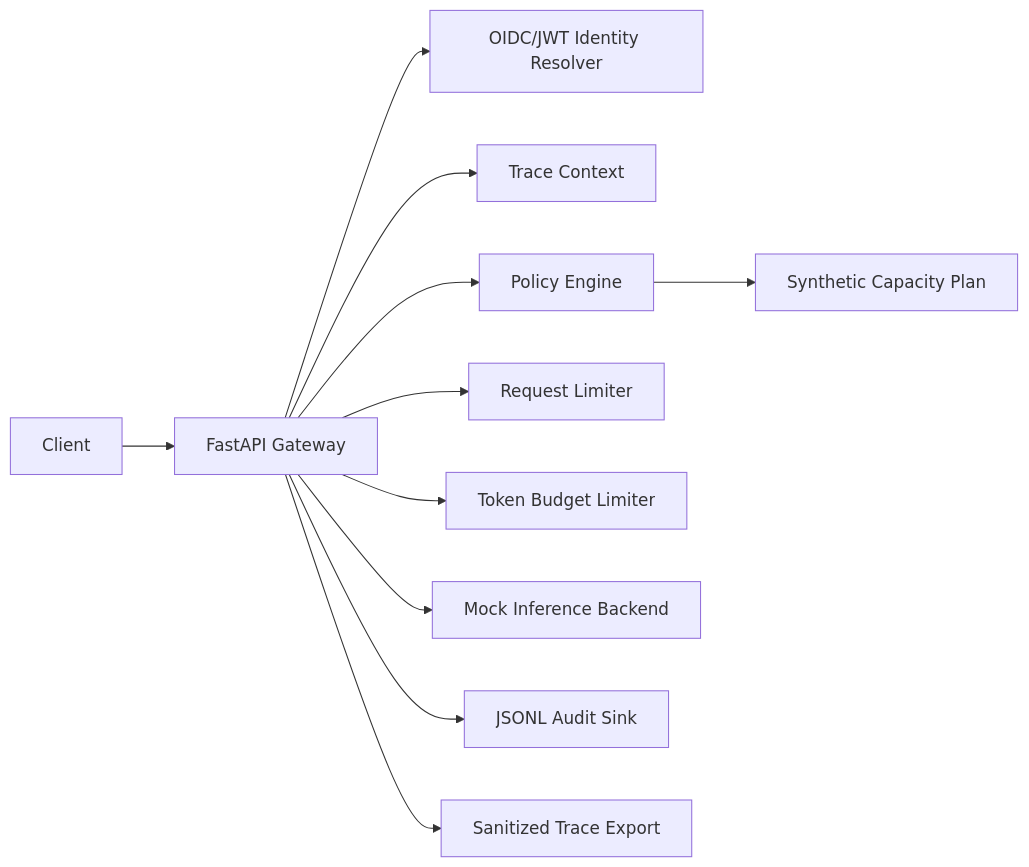
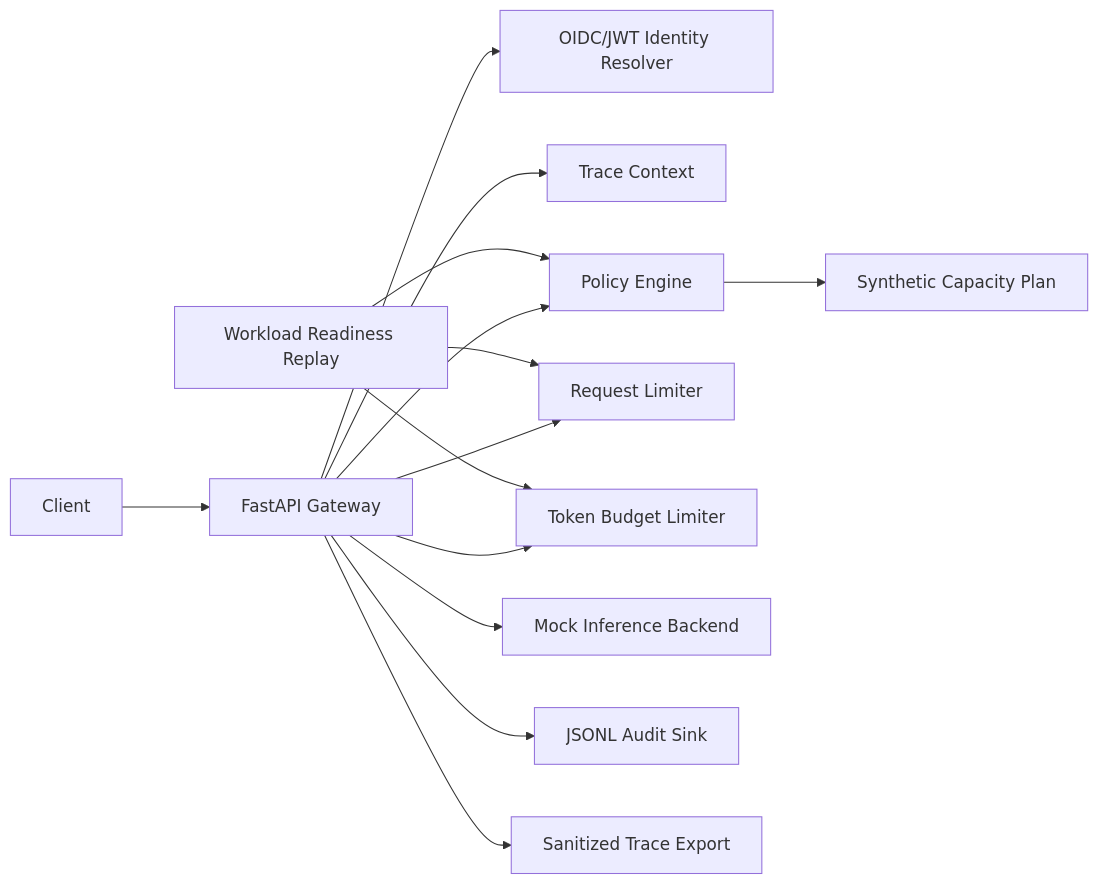
Before and after one commit to WaffleBits/secure-gpu-inference-gateway: the diagram in ARCHITECTURE.md, drawn with Mermaid. The commit also changed other lines of this file and 7 other files, not shown here.

Commit message:
Add gateway workload readiness replay

````diff
--- a/ARCHITECTURE.md
+++ b/ARCHITECTURE.md
@@ -3,13 +3,16 @@
 ```mermaid
 flowchart LR
     Client["Client"] --> API["FastAPI Gateway"]
     API --> Identity["OIDC/JWT Identity Resolver"]
     API --> Trace["Trace Context"]
     API --> Policy["Policy Engine"]
     API --> Limiter["Request Limiter"]
     API --> TokenBudget["Token Budget Limiter"]
     API --> Model["Mock Inference Backend"]
     API --> Audit["JSONL Audit Sink"]
     API --> TraceExport["Sanitized Trace Export"]
     Policy --> Capacity["Synthetic Capacity Plan"]
+    Replay["Workload Readiness Replay"] --> Policy
+    Replay --> Limiter
+    Replay --> TokenBudget
 ```
````
